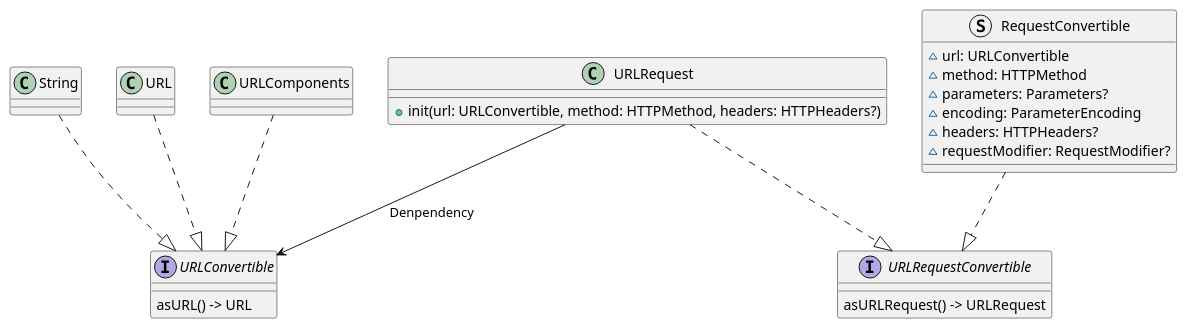
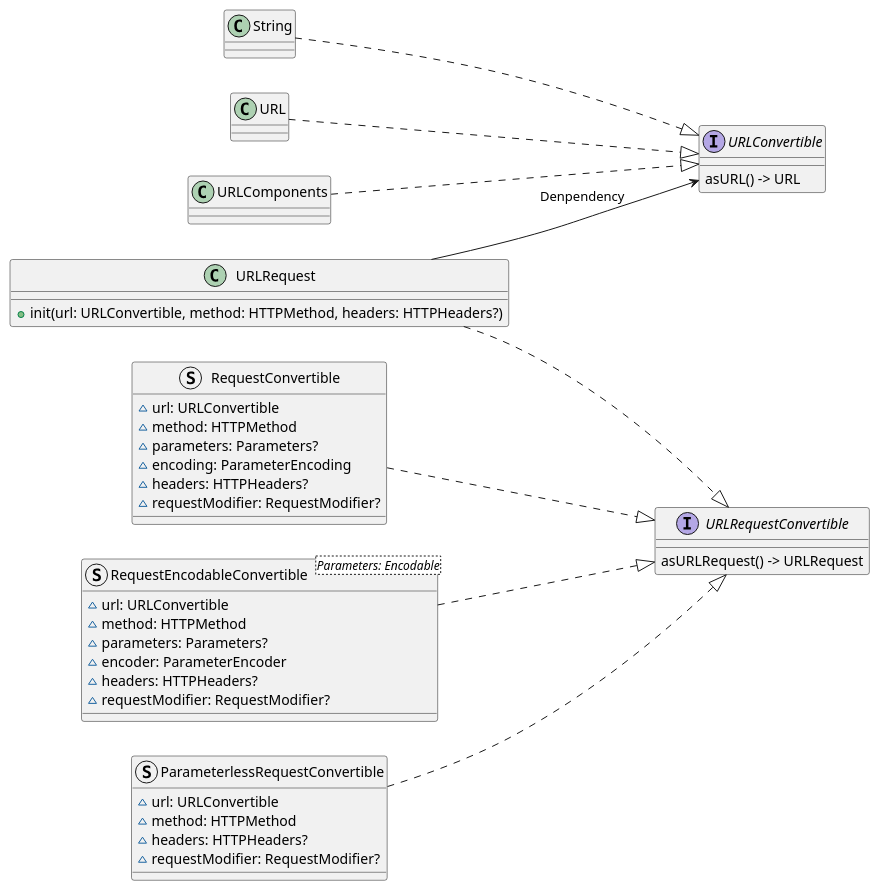
Before and after one commit to Huang-Libo/Notebook: the diagram in Diagram/Alamofire/Alamofire-URLRequestConvertible.puml, drawn with PlantUML.

```diff
--- a/Diagram/Alamofire/Alamofire-URLRequestConvertible.puml
+++ b/Diagram/Alamofire/Alamofire-URLRequestConvertible.puml
@@ -1,37 +1,55 @@
 @startuml Alamofire-URLConvertible
 
 ' 1. URLConvertible
 interface URLConvertible {
     asURL() -> URL
 }
 
 String ..|> URLConvertible
 URL ..|> URLConvertible
 URLComponents ..|> URLConvertible
 
 ' 2. URLRequestConvertible
 interface URLRequestConvertible {
     asURLRequest() -> URLRequest
 }
 
 class URLRequest {
     + init(url: URLConvertible, method: HTTPMethod, headers: HTTPHeaders?)
 }
 
-URLRequest ..|> URLRequestConvertible
-URLRequest --> URLConvertible: Denpendency
-
-' 3
 struct RequestConvertible {
     ~ url: URLConvertible
     ~ method: HTTPMethod
     ~ parameters: Parameters?
     ~ encoding: ParameterEncoding
     ~ headers: HTTPHeaders?
     ~ requestModifier: RequestModifier?
 }
 
+struct RequestEncodableConvertible<Parameters: Encodable> {
+    ~ url: URLConvertible
+    ~ method: HTTPMethod
+    ~ parameters: Parameters?
+    ~ encoder: ParameterEncoder
+    ~ headers: HTTPHeaders?
+    ~ requestModifier: RequestModifier?
+}
+
+struct ParameterlessRequestConvertible {
+    ~ url: URLConvertible
+    ~ method: HTTPMethod
+    ~ headers: HTTPHeaders?
+    ~ requestModifier: RequestModifier?
+}
+
+left to right direction
+
+URLRequest ..|> URLRequestConvertible
+URLRequest --> URLConvertible: Denpendency
 RequestConvertible ..|> URLRequestConvertible
+RequestEncodableConvertible ..|> URLRequestConvertible
+ParameterlessRequestConvertible ..|> URLRequestConvertible
 
 
 @enduml
```
